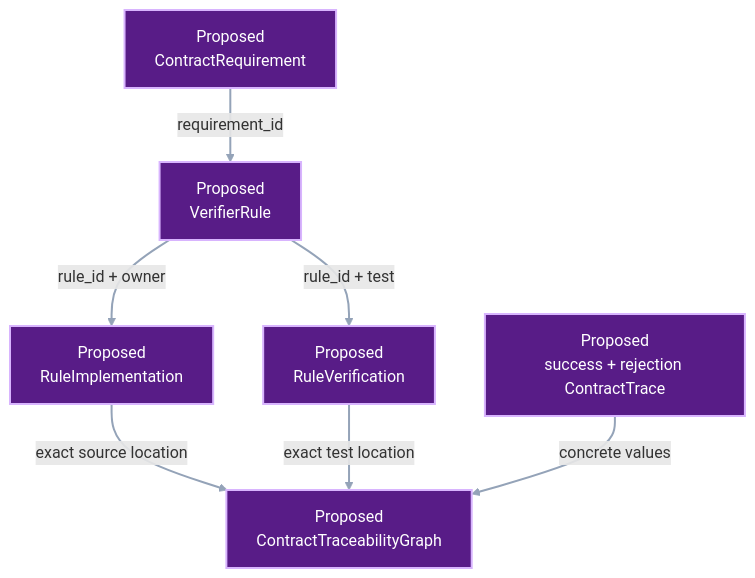
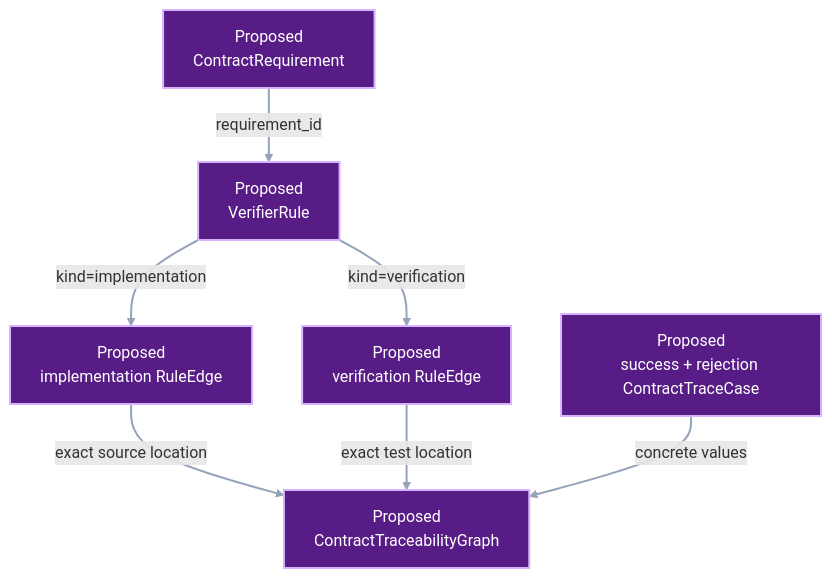
Before and after one commit to pvd232/viper: the second of 3 diagrams in docs/development/contract-requirement-traceability.md, drawn with Mermaid. The commit also changed other lines of this file and 5 other files, not shown here.

````diff
--- a/docs/development/contract-requirement-traceability.md
+++ b/docs/development/contract-requirement-traceability.md
@@ -138,20 +138,20 @@
 ```mermaid
 flowchart TD
     Requirement["Proposed<br/>ContractRequirement"]
     Rule["Proposed<br/>VerifierRule"]
-    Owner["Proposed<br/>RuleImplementation"]
-    Test["Proposed<br/>RuleVerification"]
-    Cases["Proposed<br/>success + rejection ContractTrace"]
+    Owner["Proposed<br/>implementation RuleEdge"]
+    Test["Proposed<br/>verification RuleEdge"]
+    Cases["Proposed<br/>success + rejection ContractTraceCase"]
     Graph["Proposed<br/>ContractTraceabilityGraph"]
 
     Requirement -->|"requirement_id"| Rule
-    Rule -->|"rule_id + owner"| Owner
-    Rule -->|"rule_id + test"| Test
+    Rule -->|"kind=implementation"| Owner
+    Rule -->|"kind=verification"| Test
     Owner -->|"exact source location"| Graph
     Test -->|"exact test location"| Graph
     Cases -->|"concrete values"| Graph
 
     class Requirement,Rule,Owner,Test,Cases,Graph proposed
     classDef proposed fill:#581c87,stroke:#d8b4fe,color:#ffffff,stroke-width:2px
     linkStyle default stroke:#94a3b8,stroke-width:2px
 ```
````
